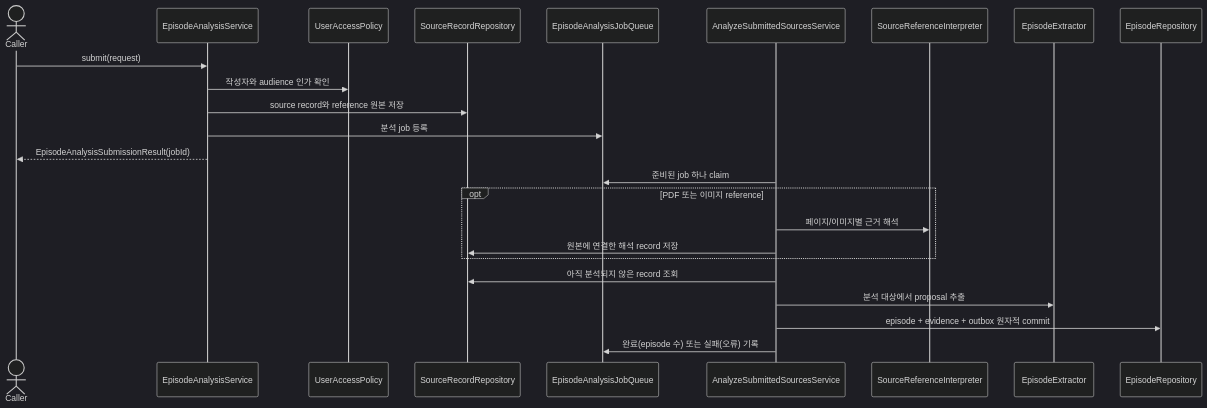
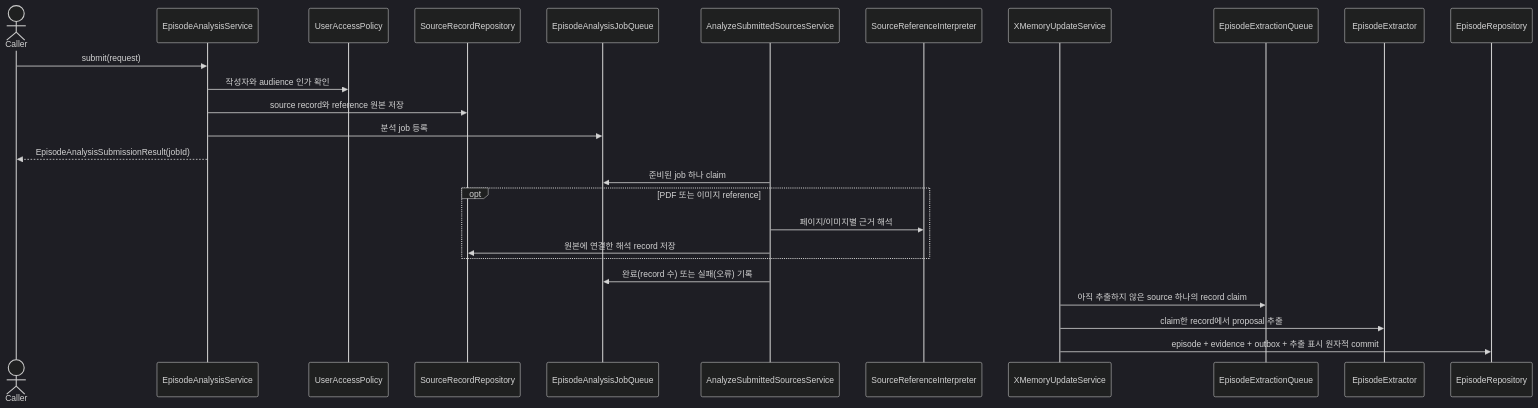
The first of 2 diagrams in application/src/main/kotlin/com/homeassistant/application/usecase/README.md (magenta1223/home_assistant), drawn with Mermaid (dark theme) before and after one commit. The commit also changed other lines of this file and 44 other files, not shown here.

````diff
--- a/application/src/main/kotlin/com/homeassistant/application/usecase/README.md
+++ b/application/src/main/kotlin/com/homeassistant/application/usecase/README.md
@@ -22,27 +22,29 @@
 ```mermaid
 sequenceDiagram
     actor Caller
     participant Analysis as EpisodeAnalysisService
     participant Access as UserAccessPolicy
     participant Sources as SourceRecordRepository
     participant Jobs as EpisodeAnalysisJobQueue
     participant Round as AnalyzeSubmittedSourcesService
     participant Reference as SourceReferenceInterpreter
+    participant Update as XMemoryUpdateService
+    participant Queue as EpisodeExtractionQueue
     participant Extractor as EpisodeExtractor
     participant DB as EpisodeRepository
 
     Caller->>Analysis: submit(request)
     Analysis->>Access: 작성자와 audience 인가 확인
     Analysis->>Sources: source record와 reference 원본 저장
     Analysis->>Jobs: 분석 job 등록
     Analysis-->>Caller: EpisodeAnalysisSubmissionResult(jobId)
     Round->>Jobs: 준비된 job 하나 claim
     opt PDF 또는 이미지 reference
         Round->>Reference: 페이지/이미지별 근거 해석
         Round->>Sources: 원본에 연결한 해석 record 저장
     end
-    Round->>Sources: 아직 분석되지 않은 record 조회
-    Round->>Extractor: 분석 대상에서 proposal 추출
-    Round->>DB: episode + evidence + outbox 원자적 commit
-    Round->>Jobs: 완료(episode 수) 또는 실패(오류) 기록
+    Round->>Jobs: 완료(record 수) 또는 실패(오류) 기록
+    Update->>Queue: 아직 추출하지 않은 source 하나의 record claim
+    Update->>Extractor: claim한 record에서 proposal 추출
+    Update->>DB: episode + evidence + outbox + 추출 표시 원자적 commit
 ```
````
